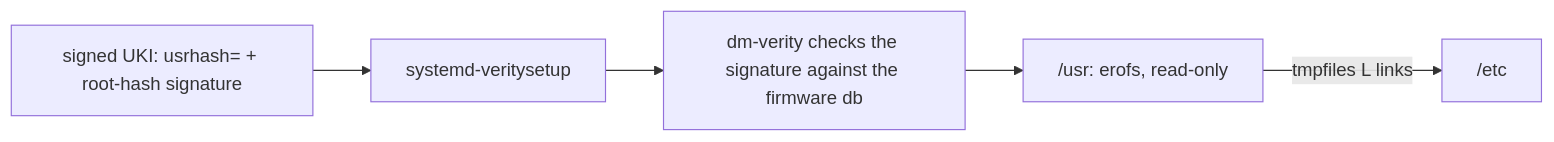
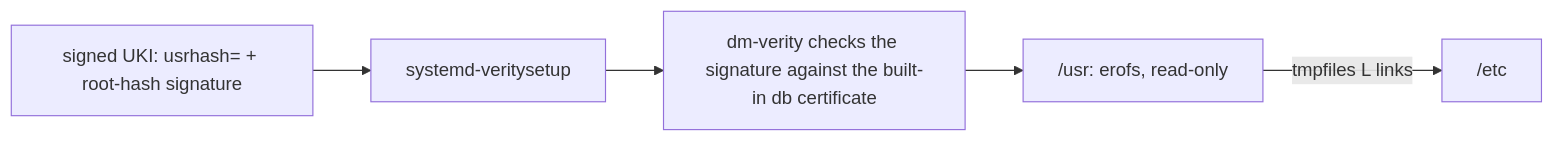
The diagram in docs/features/verified-usr.md (slophaer/golconda), drawn with Mermaid before and after one commit. The commit also changed other lines of this file and 2 other files, not shown here.

First line of the commit message:
docs: the kernel checks /usr with its built-in db

````diff
--- a/docs/features/verified-usr.md
+++ b/docs/features/verified-usr.md
@@ -7,7 +7,7 @@
 ```mermaid
 flowchart LR
   uki["signed UKI: usrhash= + root-hash signature"] --> vs[systemd-veritysetup]
-  vs --> dm["dm-verity checks the signature against the firmware db"]
+  vs --> dm["dm-verity checks the signature against the built-in db certificate"]
   dm --> usr["/usr: erofs, read-only"]
   usr -->|tmpfiles L links| etc["/etc"]
 ```
````
